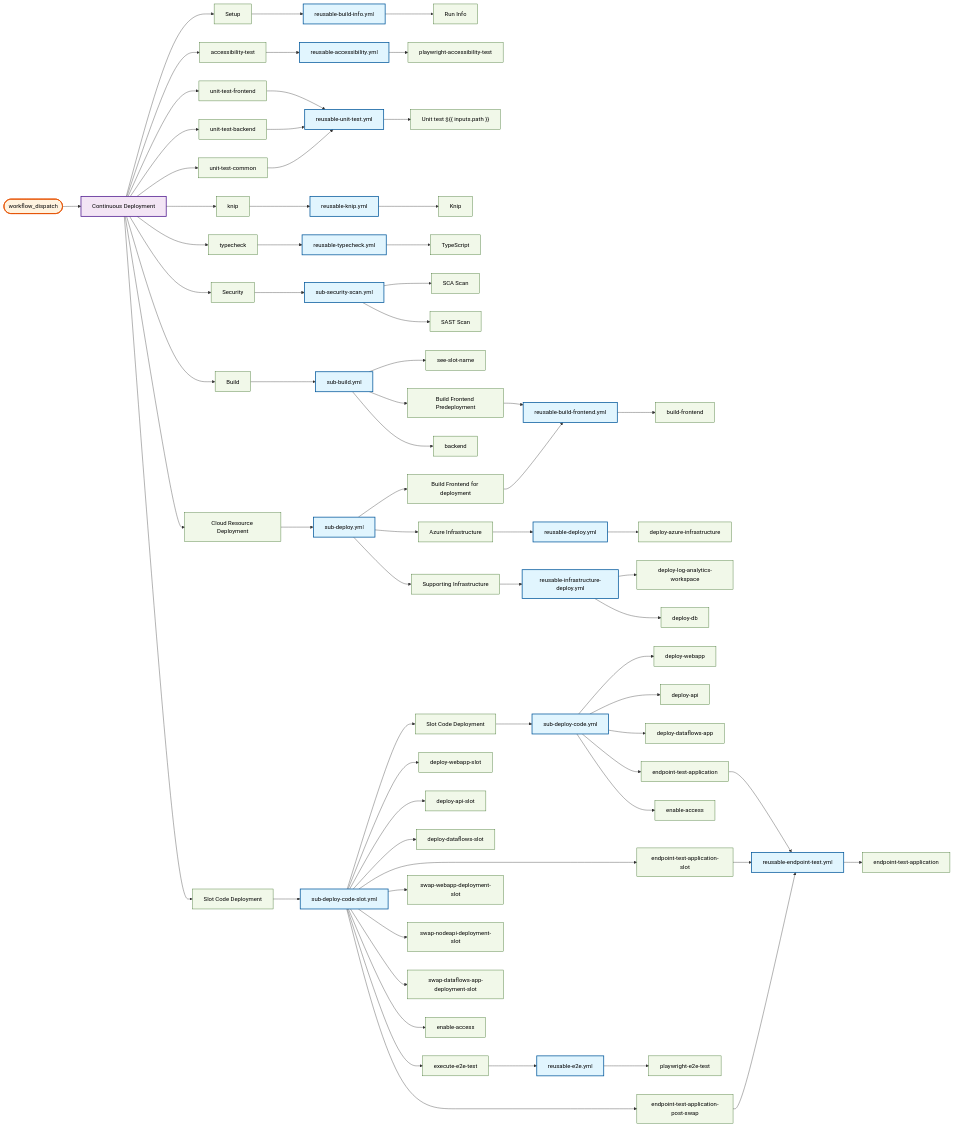
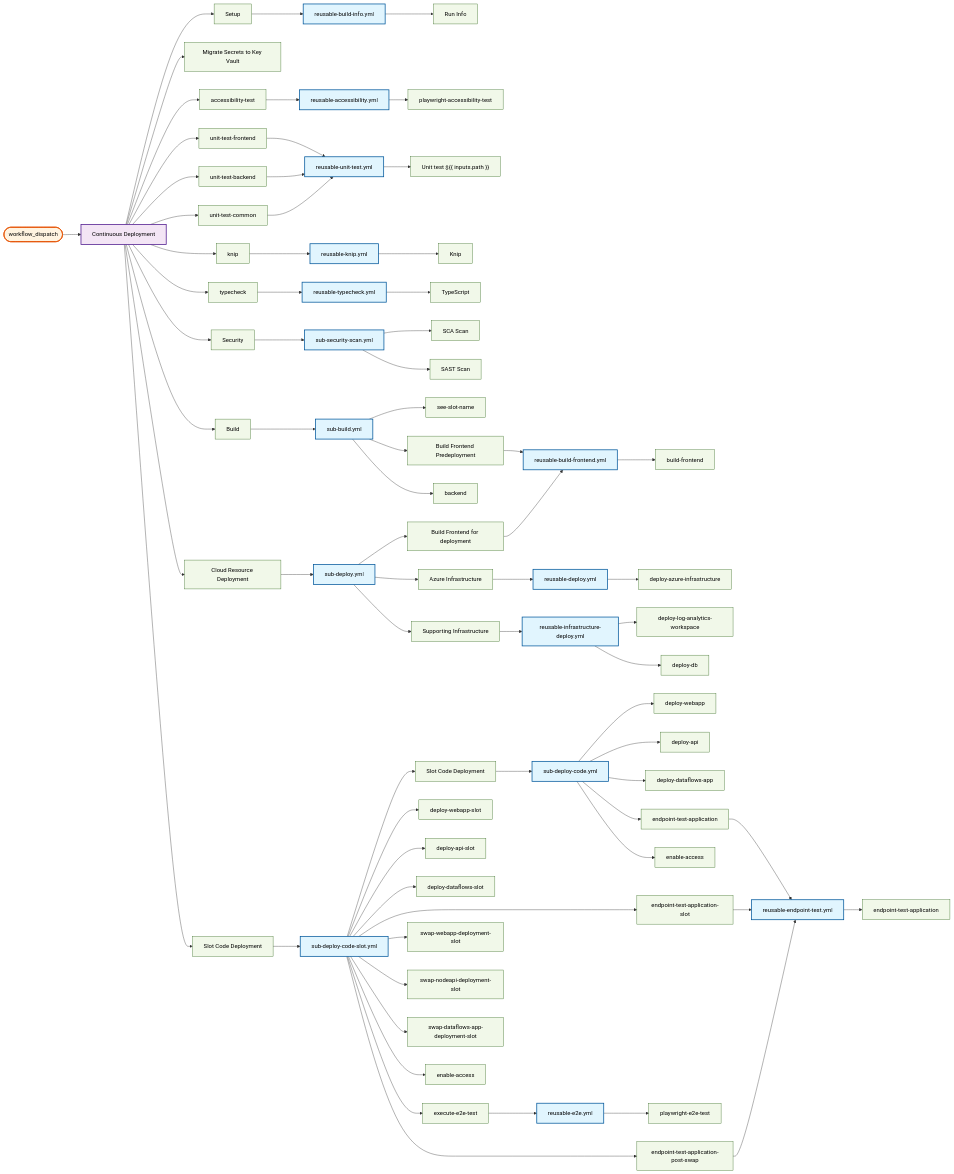
Diagram 13 of 25 in docs/operations/workflow-diagram.md (US-Trustee-Program/Bankruptcy-Oversight-Support-Systems), drawn with Mermaid before and after one commit. The commit also changed other lines of this file and 2 other files, not shown here.

First line of the commit message:
Add secret migration job to continuous-deployment

```diff
--- a/docs/operations/workflow-diagram.md
+++ b/docs/operations/workflow-diagram.md
@@ -671,6 +677,7 @@
     continuous_deployment_yml_setup["Setup"]
     reusable_build_info_yml["reusable-build-info.yml"]
     reusable_build_info_yml_build_info["Run Info"]
+    continuous_deployment_yml_migrate_secrets_to_keyvault["Migrate Secrets to Key Vault"]
     continuous_deployment_yml_accessibility_test["accessibility-test"]
     reusable_accessibility_yml["reusable-accessibility.yml"]
     reusable_accessibility_yml_playwright_accessibility_test["playwright-accessibility-test"]
@@ -734,6 +741,7 @@
     continuous_deployment_yml --> continuous_deployment_yml_setup
     reusable_build_info_yml --> reusable_build_info_yml_build_info
     continuous_deployment_yml_setup --> reusable_build_info_yml
+    continuous_deployment_yml --> continuous_deployment_yml_migrate_secrets_to_keyvault
     continuous_deployment_yml --> continuous_deployment_yml_accessibility_test
     reusable_accessibility_yml --> reusable_accessibility_yml_playwright_accessibility_test
     continuous_deployment_yml_accessibility_test --> reusable_accessibility_yml
@@ -808,6 +816,7 @@
     class continuous_deployment_yml_setup job
     class reusable_build_info_yml reusable
     class reusable_build_info_yml_build_info job
+    class continuous_deployment_yml_migrate_secrets_to_keyvault job
     class continuous_deployment_yml_accessibility_test job
     class reusable_accessibility_yml reusable
     class reusable_accessibility_yml_playwright_accessibility_test job
```
